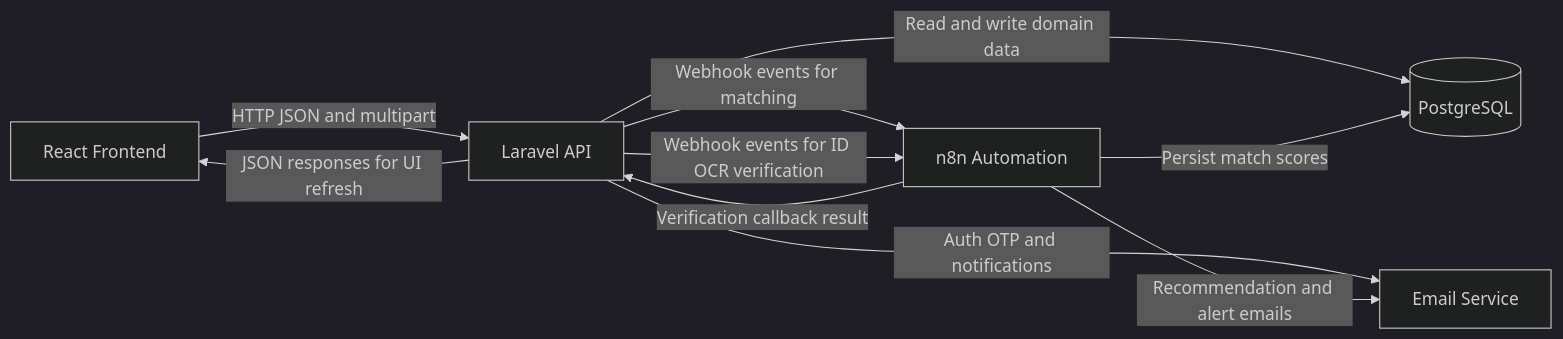
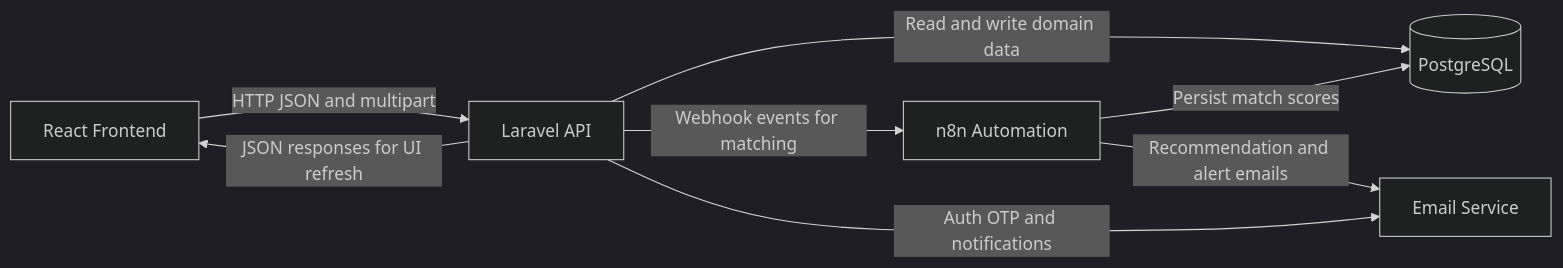
The first of 3 diagrams in CITYJOBLINK_2_WORKFLOW_DOCUMENTATION.md (Jeperlyn/cityjoblink), drawn with Mermaid (dark theme) before and after one commit. The commit also changed other lines of this file and 16 other files, not shown here.

````diff
--- a/CITYJOBLINK_2_WORKFLOW_DOCUMENTATION.md
+++ b/CITYJOBLINK_2_WORKFLOW_DOCUMENTATION.md
@@ -105,18 +104,16 @@
 ```mermaid
 flowchart LR
   FE[React Frontend]
   API[Laravel API]
   DB[(PostgreSQL)]
   N8N[n8n Automation]
   MAIL[Email Service]
 
   FE -->|HTTP JSON and multipart| API
   API -->|Read and write domain data| DB
   API -->|Webhook events for matching| N8N
-  API -->|Webhook events for ID OCR verification| N8N
   N8N -->|Persist match scores| DB
-  N8N -->|Verification callback result| API
   API -->|Auth OTP and notifications| MAIL
   N8N -->|Recommendation and alert emails| MAIL
   API -->|JSON responses for UI refresh| FE
 ```
````
